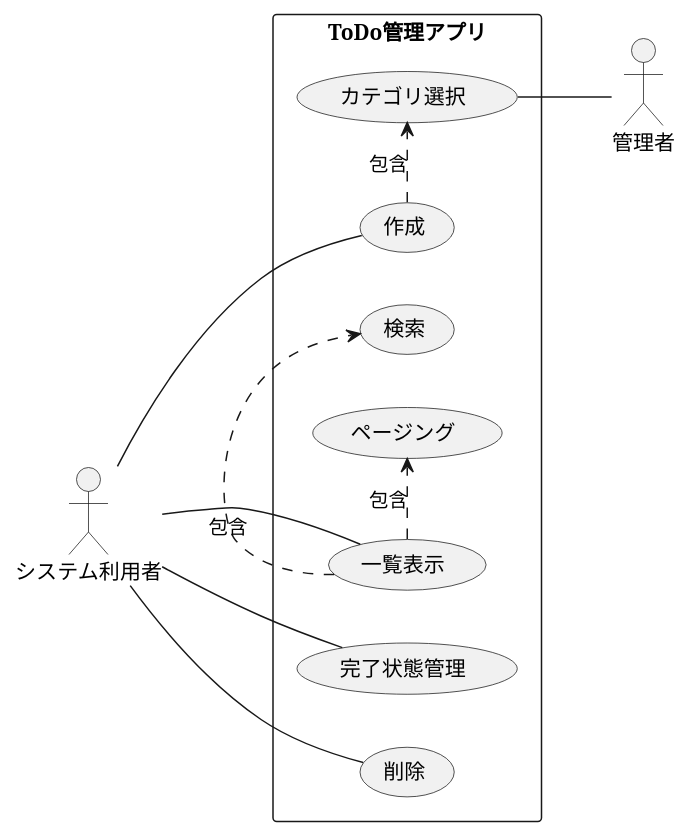
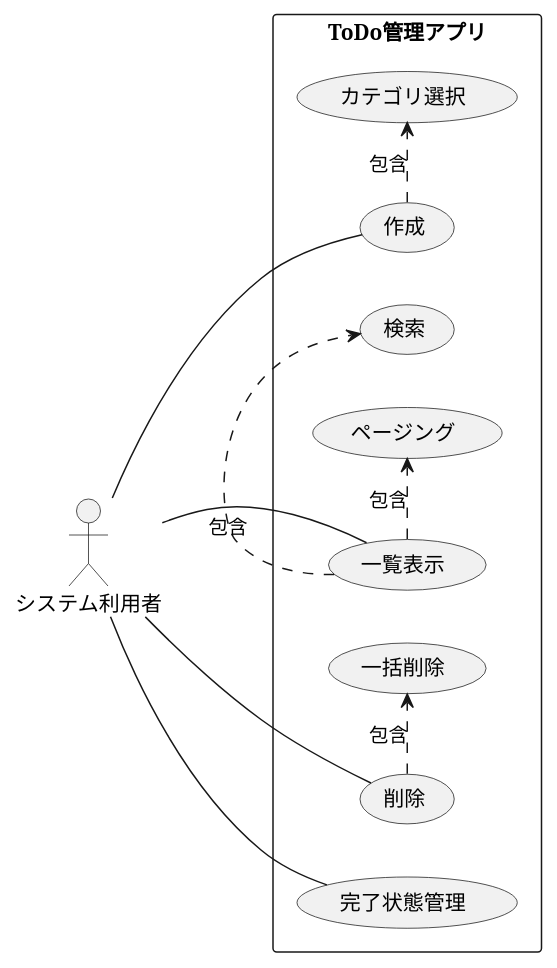
Before and after one commit to OnoYuta/app-todo-list: the diagram in docs/Usecase/ToDo.pu, drawn with PlantUML. The commit also changed 3 other files, not shown here.

Commit message:
fix docs/diagrams

```diff
--- a/docs/Usecase/ToDo.pu
+++ b/docs/Usecase/ToDo.pu
@@ -1,16 +1,15 @@
 @startuml
 left to right direction
 skinparam packageStyle rectangle
 actor システム利用者
-actor 管理者
 rectangle ToDo管理アプリ {
   システム利用者 -- (作成)
   (作成) .> (カテゴリ選択) : 包含
   システム利用者 -- (完了状態管理)
   システム利用者 -- (一覧表示)
   (一覧表示) .> (検索) : 包含
   (一覧表示) .> (ページング) : 包含
   システム利用者 -- (削除)
-  (カテゴリ選択) -- 管理者
+  (削除) .> (一括削除) : 包含
 }
 @enduml
```
